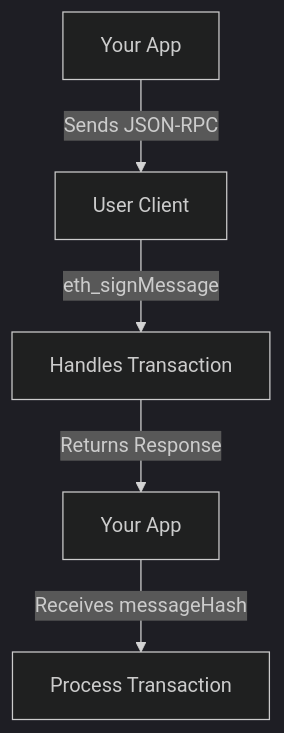
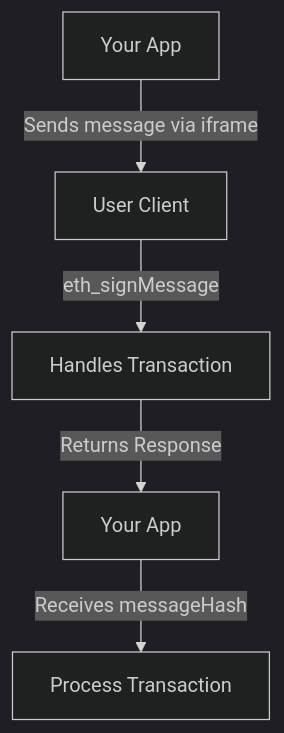
The diagram in README.md (intersend/portability-iframe), drawn with Mermaid (dark theme) before and after one commit.

````diff
--- a/README.md
+++ b/README.md
@@ -17,7 +17,7 @@
 ```mermaid
 graph TD
-    A[Your App] -->|Sends JSON-RPC| B[User Client]
+    A[Your App] -->|Sends message via iframe| B[User Client]
     B -->|eth_signMessage| C[Handles Transaction]
     C -->|Returns Response| D[Your App]
     D -->|Receives messageHash| E[Process Transaction]
 ```
````
